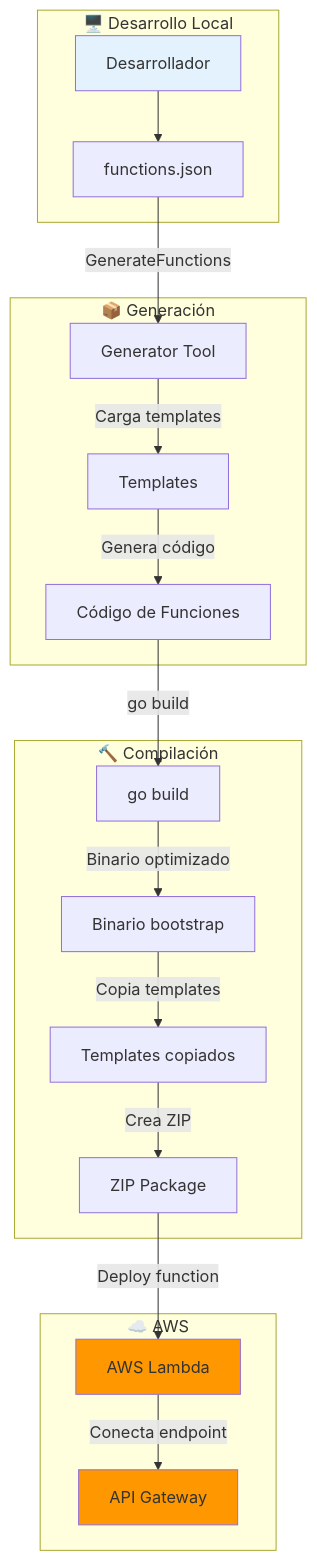
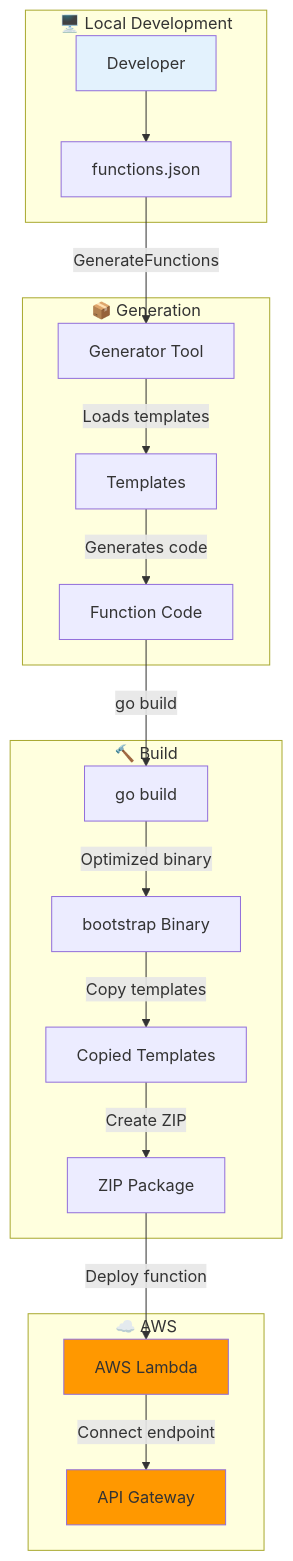
The ninth of 27 diagrams in README.md (Simon3640/GoProjectSkeleton), drawn with Mermaid before and after one commit. The commit also changed other lines of this file and 1 other file, not shown here.

````diff
--- a/README.md
+++ b/README.md
@@ -1205,40 +1205,40 @@
 ```mermaid
 graph TB
-    subgraph Local["🖥️ Desarrollo Local"]
-        Dev[Desarrollador]
+    subgraph Local["🖥️ Local Development"]
+        Dev[Developer]
         FunctionsJSON[functions.json]
     end
 
-    subgraph Generation["📦 Generación"]
+    subgraph Generation["📦 Generation"]
         Generator[Generator Tool]
         Templates[Templates]
-        FunctionCode[Código de Funciones]
+        FunctionCode[Function Code]
     end
 
-    subgraph Build["🔨 Compilación"]
+    subgraph Build["🔨 Build"]
         GoBuild[go build]
-        Binary[Binario bootstrap]
-        TemplatesCopy[Templates copiados]
+        Binary[bootstrap Binary]
+        TemplatesCopy[Copied Templates]
         Zip[ZIP Package]
     end
 
     subgraph AWS["☁️ AWS"]
         Lambda[AWS Lambda]
         APIGateway[API Gateway]
     end
 
     Dev-->FunctionsJSON
     FunctionsJSON-->|GenerateFunctions| Generator
-    Generator-->|Carga templates| Templates
-    Templates-->|Genera código| FunctionCode
+    Generator-->|Loads templates| Templates
+    Templates-->|Generates code| FunctionCode
     FunctionCode-->|go build| GoBuild
-    GoBuild-->|Binario optimizado| Binary
-    Binary-->|Copia templates| TemplatesCopy
-    TemplatesCopy-->|Crea ZIP| Zip
+    GoBuild-->|Optimized binary| Binary
+    Binary-->|Copy templates| TemplatesCopy
+    TemplatesCopy-->|Create ZIP| Zip
     Zip-->|Deploy function| Lambda
-    Lambda-->|Conecta endpoint| APIGateway
+    Lambda-->|Connect endpoint| APIGateway
 
     style Dev fill:#e3f2fd
     style Lambda fill:#ff9800
     style APIGateway fill:#ff9800
 ```
````
